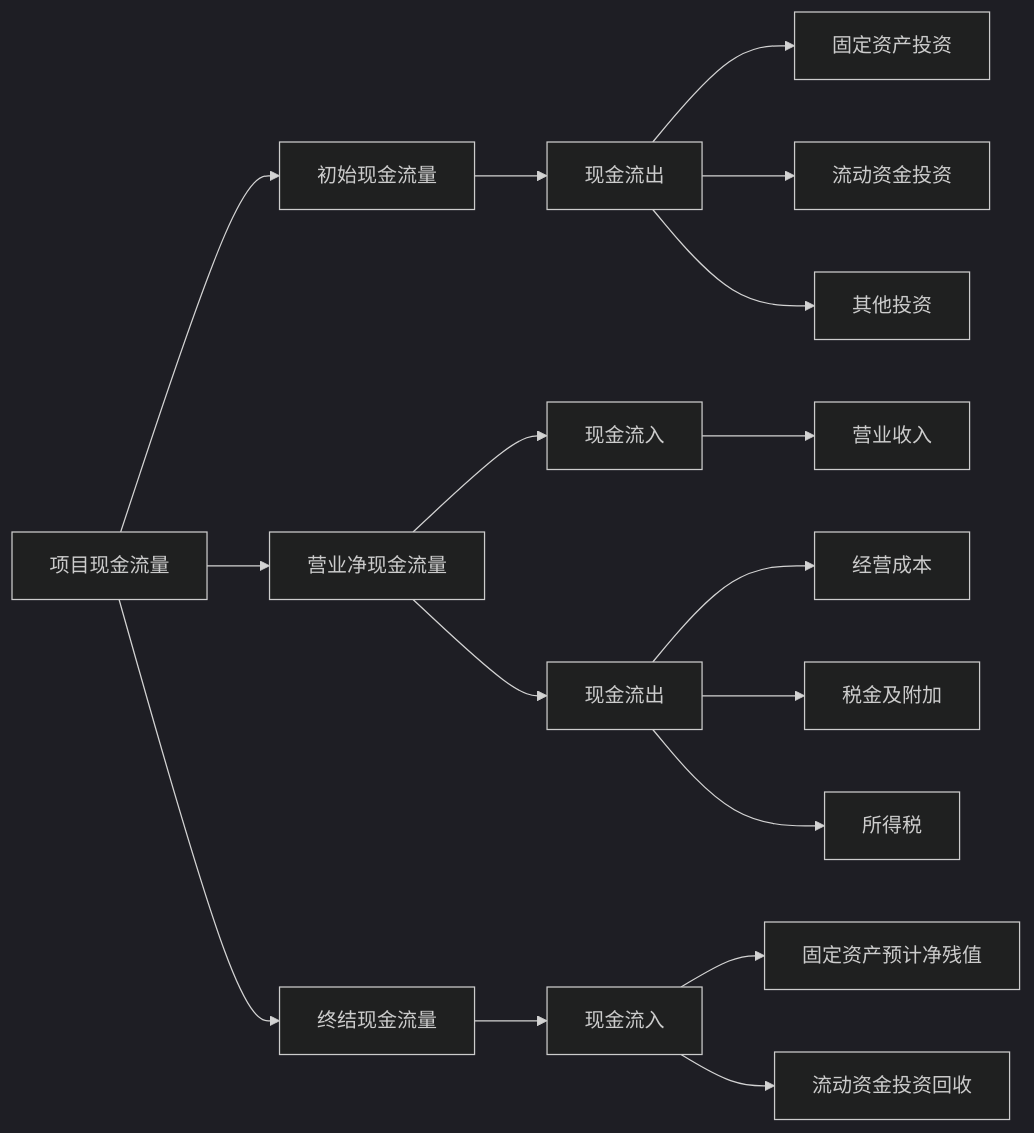
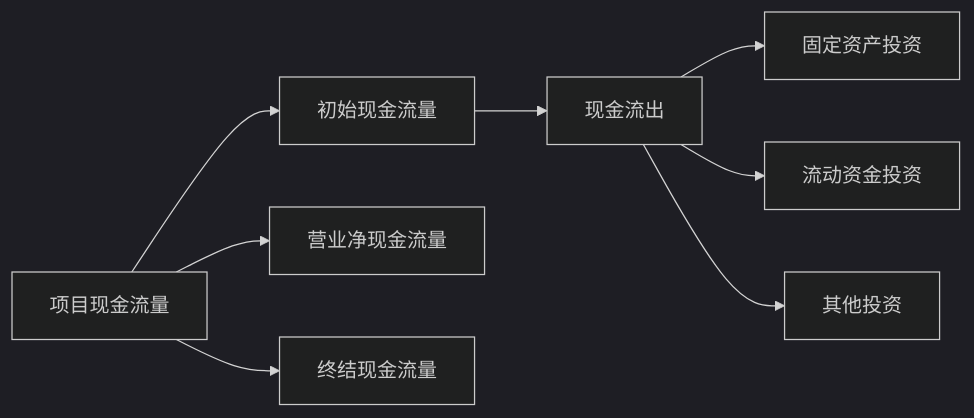
Before and after one commit to UNLINEARITY/Learn-Everything: the seventh of 7 diagrams in src/site/notes/mermaid.md, drawn with Mermaid (dark theme). The commit also changed other lines of this file, not shown here.

Commit message:
Update content src/site/notes/mermaid.md

````diff
--- a/src/site/notes/mermaid.md
+++ b/src/site/notes/mermaid.md
@@ -68,9 +65,6 @@
 ```mermaid
 graph LR
 项目现金流量--> 初始现金流量 & 营业净现金流量 & 终结现金流量
 初始现金流量-->id2[现金流出]-->固定资产投资 & 流动资金投资 & 其他投资
-营业净现金流量   --> 现金流入 & 现金流出
-现金流入   -->  营业收入
-现金流出-->     经营成本 & 税金及附加 & 所得税
-终结现金流量-->id1[现金流入]-->固定资产预计净残值 & 流动资金投资回收
+
 ```
````
